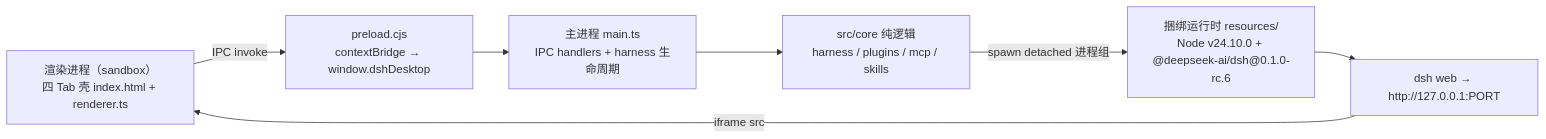
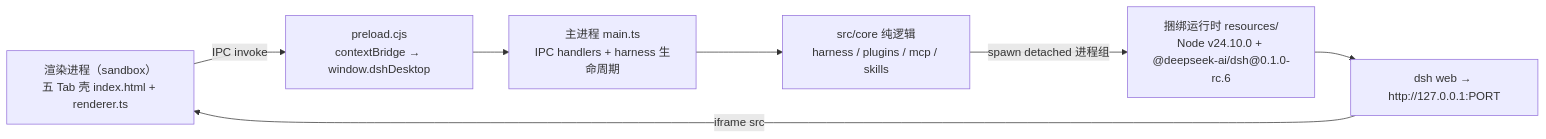
Before and after one commit to FlashingChen/dsh-desktop-hub: the diagram in README.md, drawn with Mermaid. The commit also changed other lines of this file and 18 other files, not shown here.

````diff
--- a/README.md
+++ b/README.md
@@ -120,14 +123,14 @@
 ```mermaid
 flowchart LR
-    UI["渲染进程（sandbox）<br/>四 Tab 壳 index.html + renderer.ts"]
+    UI["渲染进程（sandbox）<br/>五 Tab 壳 index.html + renderer.ts"]
     PRE["preload.cjs<br/>contextBridge → window.dshDesktop"]
     MAIN["主进程 main.ts<br/>IPC handlers + harness 生命周期"]
     CORE["src/core 纯逻辑<br/>harness / plugins / mcp / skills"]
     RT["捆绑运行时 resources/<br/>Node v24.10.0 + @deepseek-ai/dsh@0.1.0-rc.6"]
     WEB["dsh web → http://127.0.0.1:PORT"]
     UI -->|IPC invoke| PRE --> MAIN
     MAIN --> CORE
     CORE -->|spawn detached 进程组| RT
     RT --> WEB
     WEB -->|iframe src| UI
 ```
````
